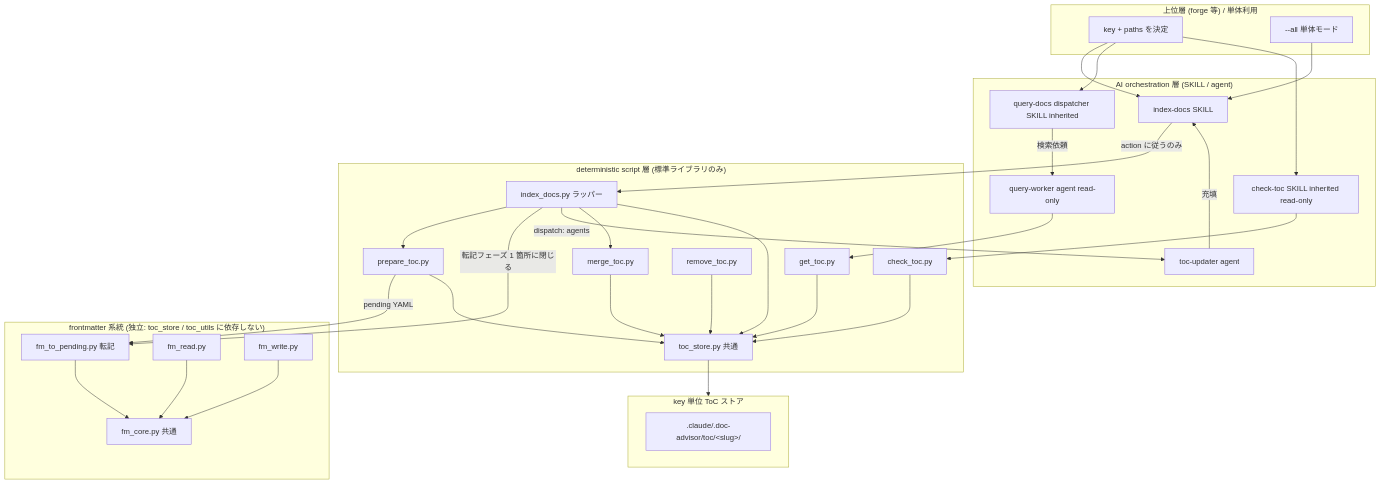
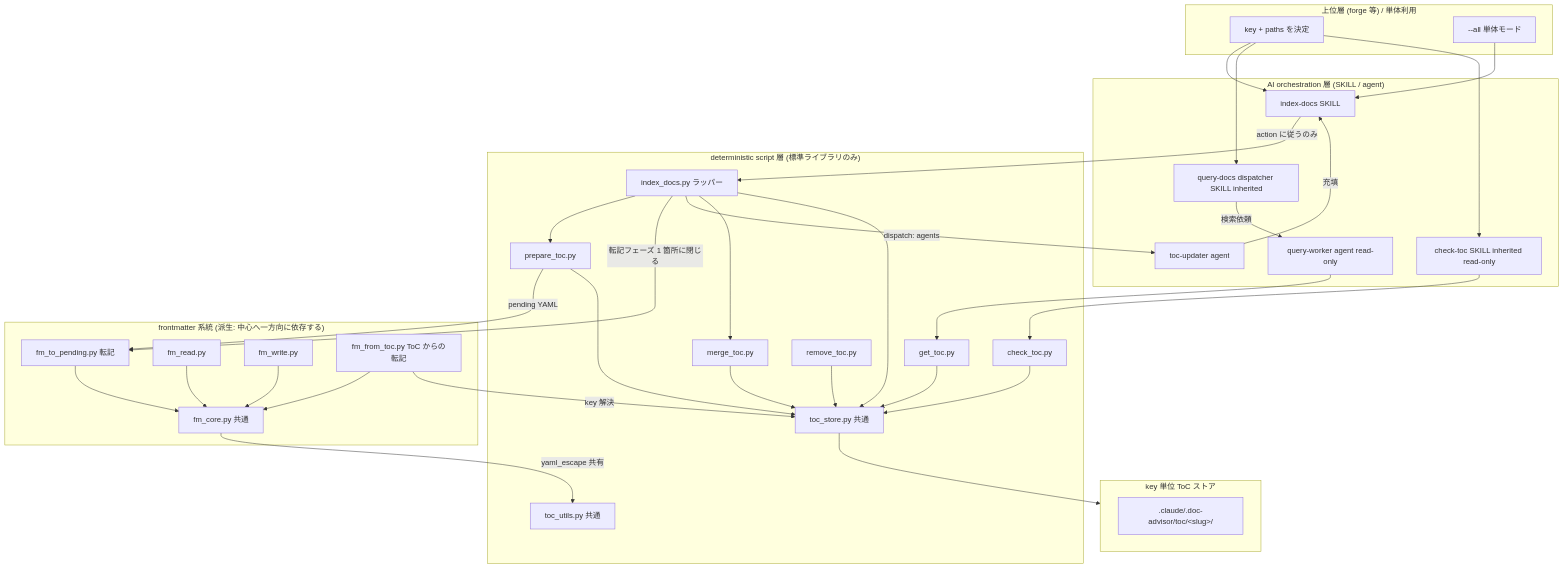
The first of 7 diagrams in docs/specs/base/design/DES-005_toc_generation_flow.md (BlueEventHorizon/DocAdvisor-CC), drawn with Mermaid before and after one commit. The commit also changed other lines of this file and 1 other file, not shown here.

````diff
--- a/docs/specs/base/design/DES-005_toc_generation_flow.md
+++ b/docs/specs/base/design/DES-005_toc_generation_flow.md
@@ -67,61 +67,66 @@
 ```mermaid
 flowchart TB
     subgraph Upper["上位層 (forge 等) / 単体利用"]
         U1[key + paths を決定]
         U2[--all 単体モード]
     end
 
     subgraph AI["AI orchestration 層 (SKILL / agent)"]
         S1[index-docs SKILL]
         S2[query-docs dispatcher SKILL inherited]
         S3[check-toc SKILL inherited read-only]
         A1[toc-updater agent]
         A2[query-worker agent read-only]
     end
 
     subgraph Det["deterministic script 層 (標準ライブラリのみ)"]
         W1[index_docs.py ラッパー]
         P1[prepare_toc.py]
         P2[merge_toc.py]
         P3[get_toc.py]
         P4[remove_toc.py]
         P5[check_toc.py]
         C1[toc_store.py 共通]
+        C2[toc_utils.py 共通]
     end
 
-    subgraph FM["frontmatter 系統 (独立: toc_store / toc_utils に依存しない)"]
+    subgraph FM["frontmatter 系統 (派生: 中心へ一方向に依存する)"]
         F1[fm_to_pending.py 転記]
         F2[fm_read.py]
         F3[fm_write.py]
         F0[fm_core.py 共通]
+        F4[fm_from_toc.py ToC からの転記]
     end
 
     subgraph Store["key 単位 ToC ストア"]
         ST[.claude/.doc-advisor/toc/&lt;slug&gt;/]
     end
 
     U1 --> S1
     U2 --> S1
     U1 --> S2
     U1 --> S3
     S3 --> P5
     P5 --> C1
     S1 -->|action に従うのみ| W1
     W1 --> P1
     W1 -->|転記フェーズ 1 箇所に閉じる| F1
     P1 -->|pending YAML| F1
     W1 -->|dispatch: agents| A1
     F1 --> F0
     F2 --> F0
     F3 --> F0
+    F4 --> F0
+    F0 -->|yaml_escape 共有| C2
+    F4 -->|key 解決| C1
     A1 -->|充填| S1
     W1 --> P2
     W1 --> C1
     S2 -->|検索依頼| A2
     A2 --> P3
     P1 --> C1
     P2 --> C1
     P3 --> C1
     P4 --> C1
     C1 --> Store
 ```
````
